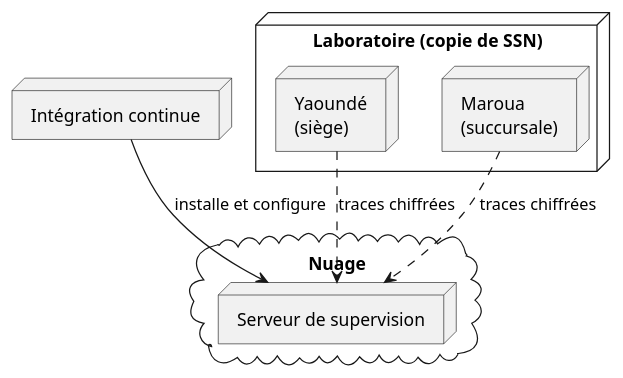
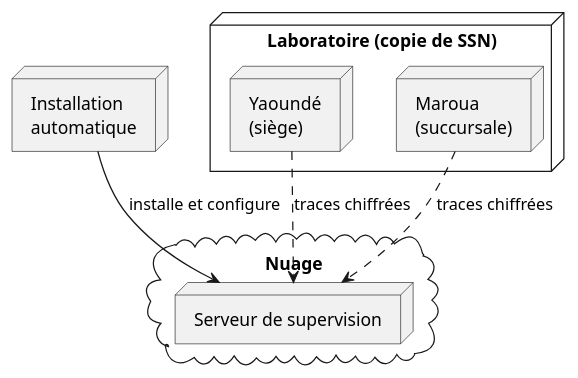
Before and after one commit to nklorenzo/wazuh-cloud-deployment-pipeline: the third of 3 diagrams in rapport/chapitre-3.md, drawn with PlantUML. The commit also changed other lines of this file, not shown here.

First line of the commit message:
docs: réécrire le chapitre 3 (12 p., grammaire de dépendance, séquence UML)

````diff
--- a/rapport/chapitre-3.md
+++ b/rapport/chapitre-3.md
@@ -188,15 +189,15 @@
 ```plantuml
 @startuml
-node "Intégration continue" as CI
+node "Installation\nautomatique" as CI
 cloud "Nuage" {
   node "Serveur de supervision" as SRV
 }
 node "Laboratoire (copie de SSN)" {
   node "Yaoundé\n(siège)" as YDE
   node "Maroua\n(succursale)" as MRA
 }
 CI --> SRV : installe et configure
 YDE ..> SRV : traces chiffrées
 MRA ..> SRV : traces chiffrées
 @enduml
 ```
````
